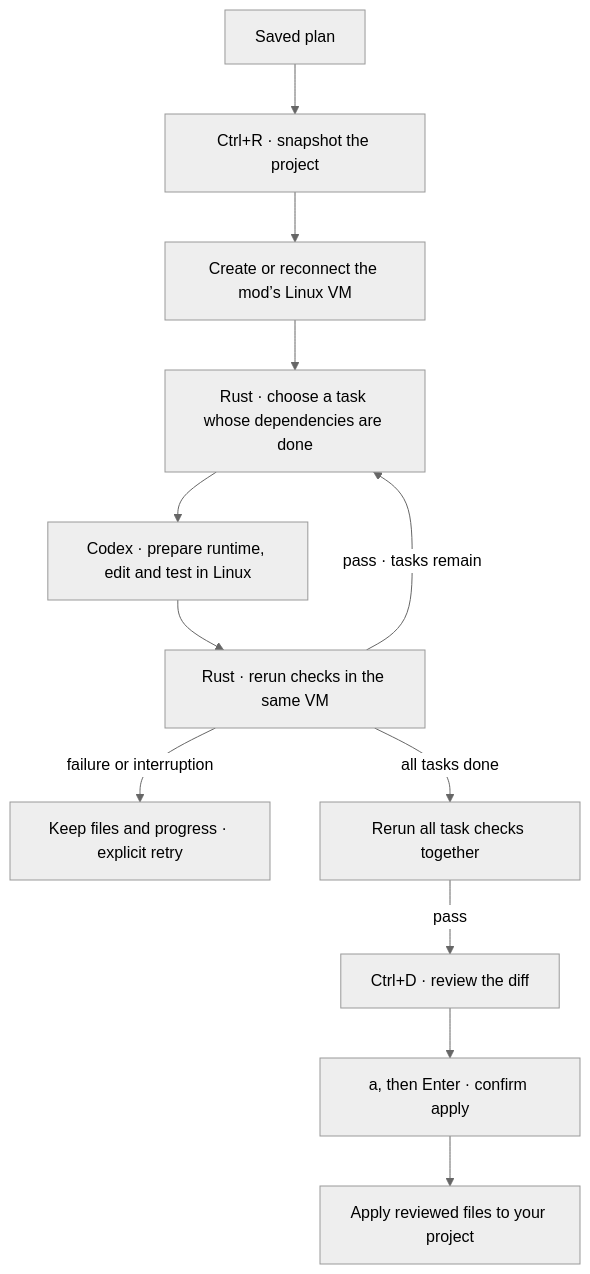
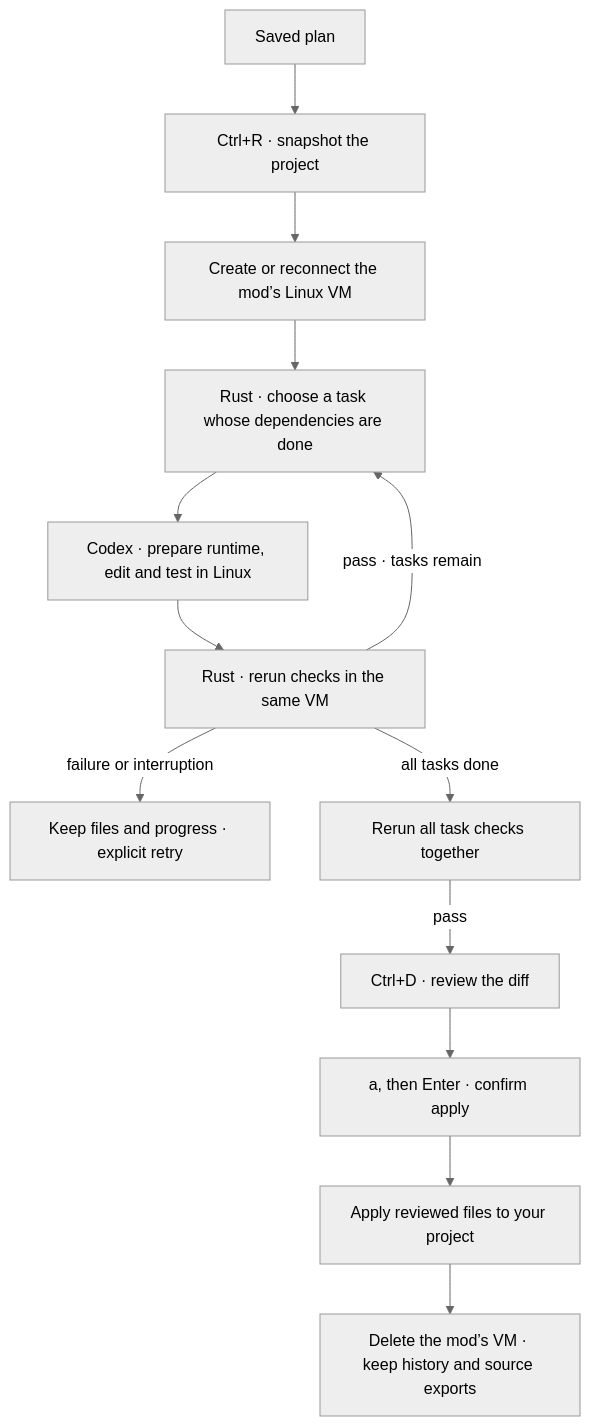
The diagram in docs/execution.md (minimumeffort-dev/sprowt.harness), drawn with Mermaid (neutral theme) before and after one commit. The commit also changed other lines of this file and 11 other files, not shown here.

Commit message:
Delete mod VMs after apply and make cleanup retryable

````diff
--- a/docs/execution.md
+++ b/docs/execution.md
@@ -5,14 +5,15 @@
 ```mermaid
 flowchart TB
     plan["Saved plan"] --> start["Ctrl+R · snapshot the project"]
     start --> vm["Create or reconnect the mod’s Linux VM"]
     vm --> choose["Rust · choose a task whose dependencies are done"]
     choose --> worker["Codex · prepare runtime, edit and test in Linux"]
     worker --> checks["Rust · rerun checks in the same VM"]
     checks -->|"pass · tasks remain"| choose
     checks -->|"failure or interruption"| paused["Keep files and progress · explicit retry"]
     checks -->|"all tasks done"| final["Rerun all task checks together"]
     final -->|"pass"| review["Ctrl+D · review the diff"]
     review --> confirm["a, then Enter · confirm apply"]
     confirm --> project["Apply reviewed files to your project"]
+    project --> cleanup["Delete the mod’s VM · keep history and source exports"]
 ```
````
